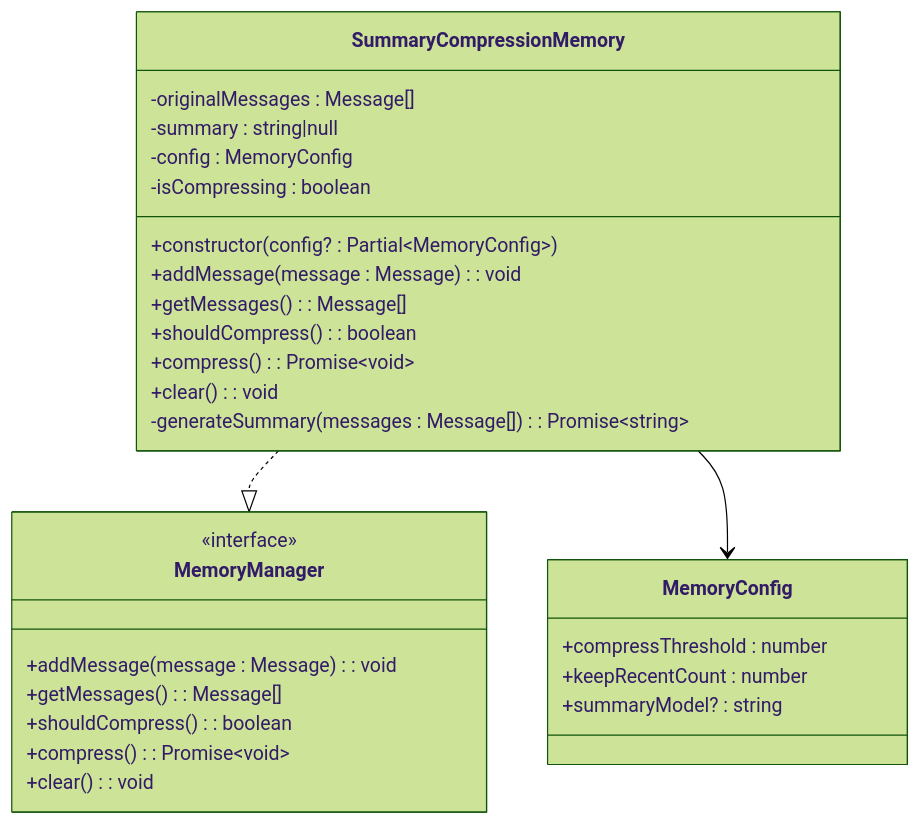
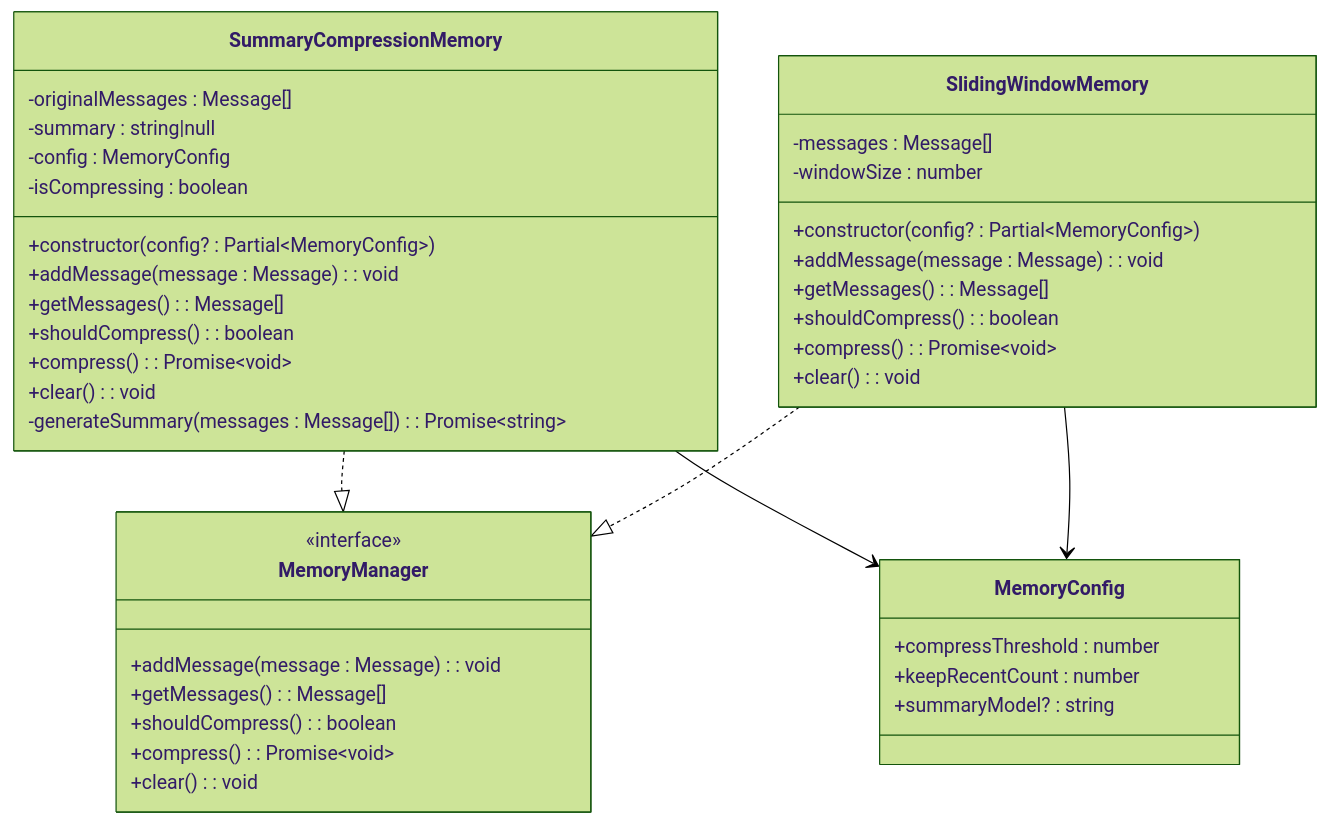
One commit to CryptoLinxu/Web3-AI-Agent changed the third of 10 diagrams in .qoder/repowiki/zh/content/核心技能详解/内存管理系统.md. Above: the diagram before and after it, drawn with Mermaid (forest theme). The commit also changed other lines of this file and 6 other files, not shown here.

````diff
--- a/.qoder/repowiki/zh/content/核心技能详解/内存管理系统.md
+++ b/.qoder/repowiki/zh/content/核心技能详解/内存管理系统.md
@@ -133,31 +145,43 @@
 ```mermaid
 classDiagram
 class SummaryCompressionMemory {
 -originalMessages : Message[]
 -summary : string|null
 -config : MemoryConfig
 -isCompressing : boolean
 +constructor(config? : Partial~MemoryConfig~)
 +addMessage(message : Message) : void
 +getMessages() : Message[]
 +shouldCompress() : boolean
 +compress() : Promise~void~
 +clear() : void
 -generateSummary(messages : Message[]) : Promise~string~
 }
+class SlidingWindowMemory {
+-messages : Message[]
+-windowSize : number
++constructor(config? : Partial~MemoryConfig~)
++addMessage(message : Message) : void
++getMessages() : Message[]
++shouldCompress() : boolean
++compress() : Promise~void~
++clear() : void
+}
 class MemoryManager {
 <<interface>>
 +addMessage(message : Message) : void
 +getMessages() : Message[]
 +shouldCompress() : boolean
 +compress() : Promise~void~
 +clear() : void
 }
 class MemoryConfig {
 +compressThreshold : number
 +keepRecentCount : number
 +summaryModel? : string
 }
 SummaryCompressionMemory ..|> MemoryManager
+SlidingWindowMemory ..|> MemoryManager
 SummaryCompressionMemory --> MemoryConfig
+SlidingWindowMemory --> MemoryConfig
 ```
````
